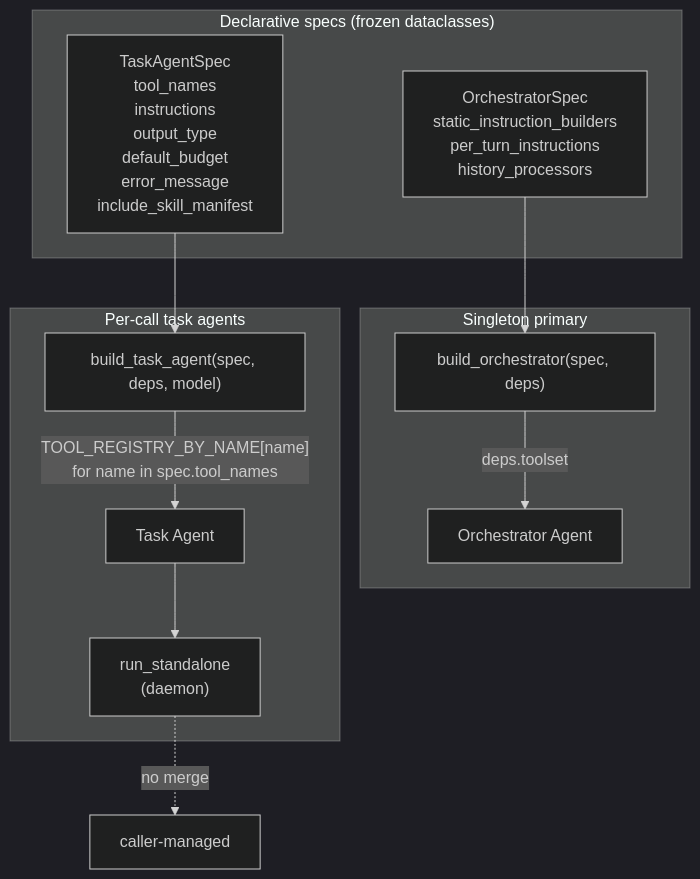
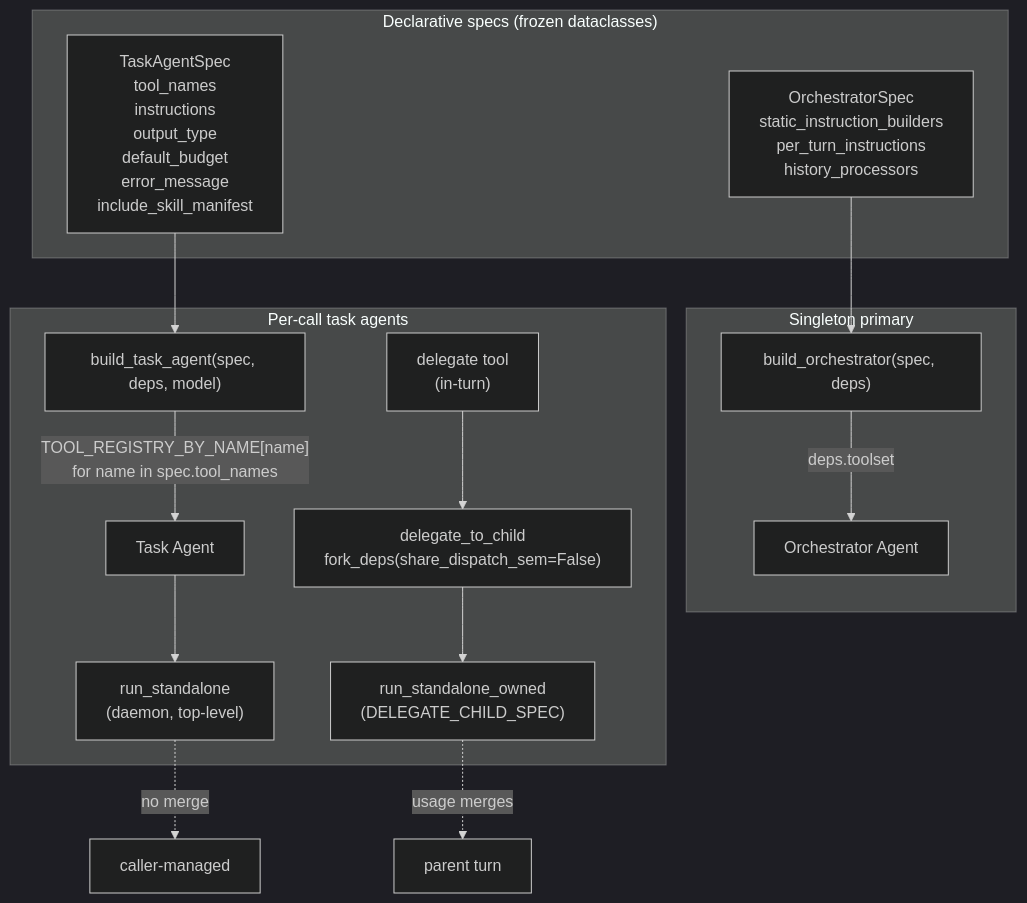
One commit to binlecode/co-cli changed the diagram in docs/specs/agents.md. Above: the diagram before and after it, drawn with Mermaid (dark theme). The commit also changed other lines of this file and 12 other files, not shown here.

````diff
--- a/docs/specs/agents.md
+++ b/docs/specs/agents.md
@@ -7,17 +7,20 @@
 ```mermaid
 graph TD
     subgraph Records["Declarative specs (frozen dataclasses)"]
         OS["OrchestratorSpec\nstatic_instruction_builders\nper_turn_instructions\nhistory_processors"]
         TS["TaskAgentSpec\ntool_names\ninstructions\noutput_type\ndefault_budget\nerror_message\ninclude_skill_manifest"]
     end
     subgraph Orchestrator["Singleton primary"]
         OS --> BO["build_orchestrator(spec, deps)"]
         BO -->|"deps.toolset"| OA["Orchestrator Agent"]
     end
     subgraph TaskPath["Per-call task agents"]
         TS --> BT["build_task_agent(spec, deps, model)"]
         BT -->|"TOOL_REGISTRY_BY_NAME[name]\nfor name in spec.tool_names"| TA["Task Agent"]
-        TA --> RST["run_standalone\n(daemon)"]
+        TA --> RST["run_standalone\n(daemon, top-level)"]
+        DG["delegate tool\n(in-turn)"] --> DTC["delegate_to_child\nfork_deps(share_dispatch_sem=False)"]
+        DTC --> RSO["run_standalone_owned\n(DELEGATE_CHILD_SPEC)"]
     end
     RST -.no merge.-> Solo["caller-managed"]
+    RSO -.usage merges.-> Parent["parent turn"]
 ```
````
